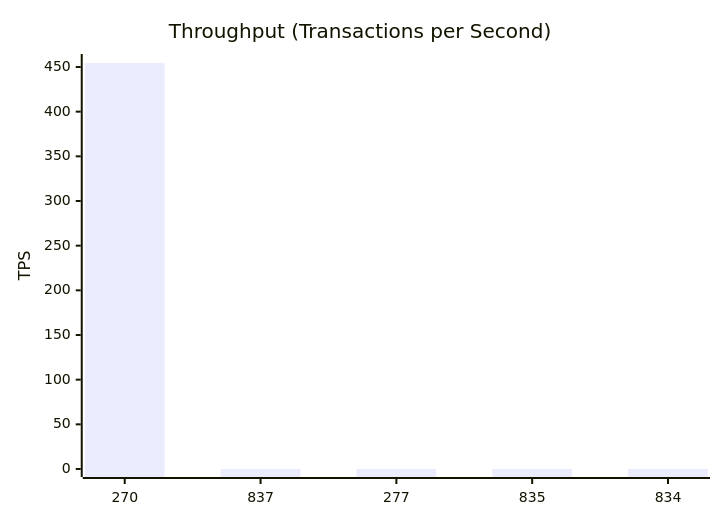
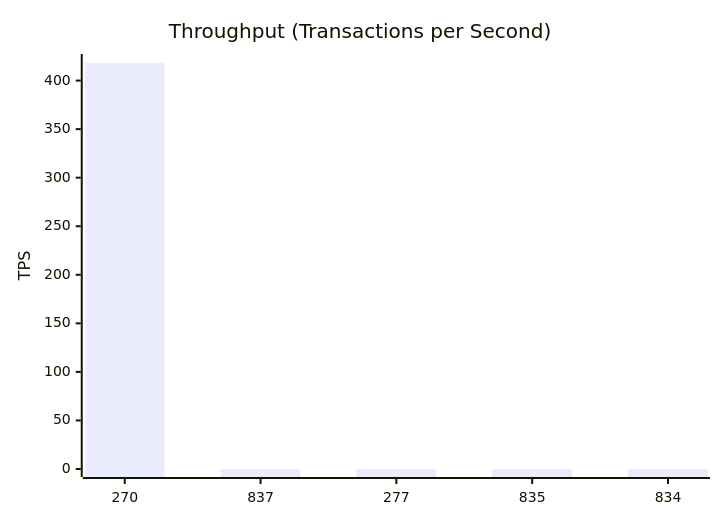
Before and after one commit to dhagan-va/intern-2025: the third of 11 diagrams in test-tools/DataGen/src/Statistics_Visualizer.md, drawn with Mermaid. The commit also changed other lines of this file and 3 other files, not shown here.

````diff
--- a/test-tools/DataGen/src/Statistics_Visualizer.md
+++ b/test-tools/DataGen/src/Statistics_Visualizer.md
@@ -40,7 +40,7 @@
 ```mermaid
 xychart-beta
     title "Throughput (Transactions per Second)"
     x-axis ["270", "837", "277", "835", "834"]
-    y-axis "TPS" 0 --> 455.5867806164197
-    bar [454.5867806164197, 0.0, 0.0, 0.0, 0.0]
+    y-axis "TPS" 0 --> 419.1301220939957
+    bar [418.1301220939957, 0.0, 0.0, 0.0, 0.0]
 ```
````
